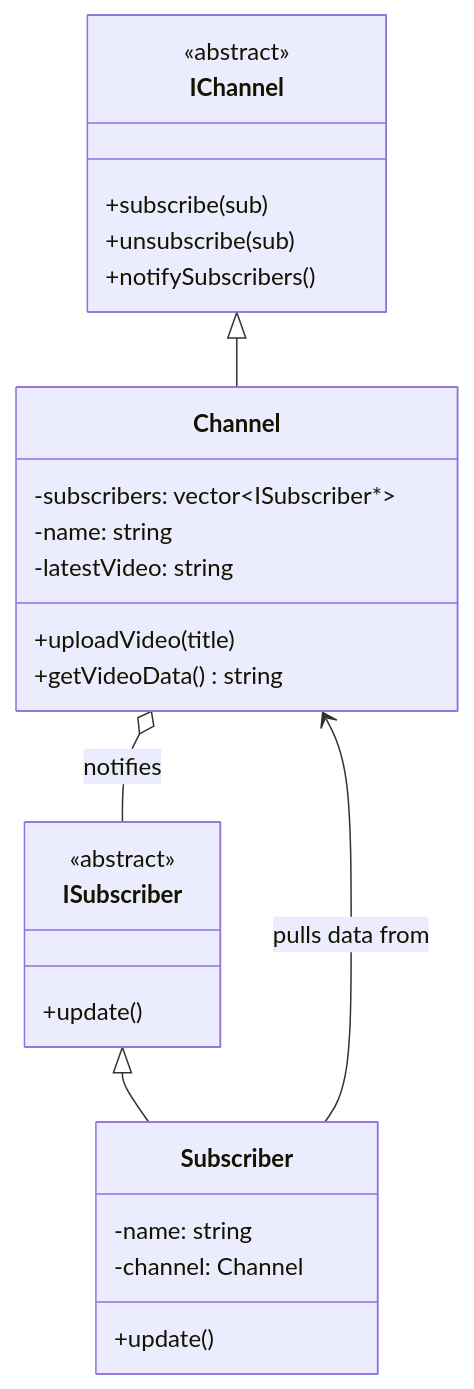
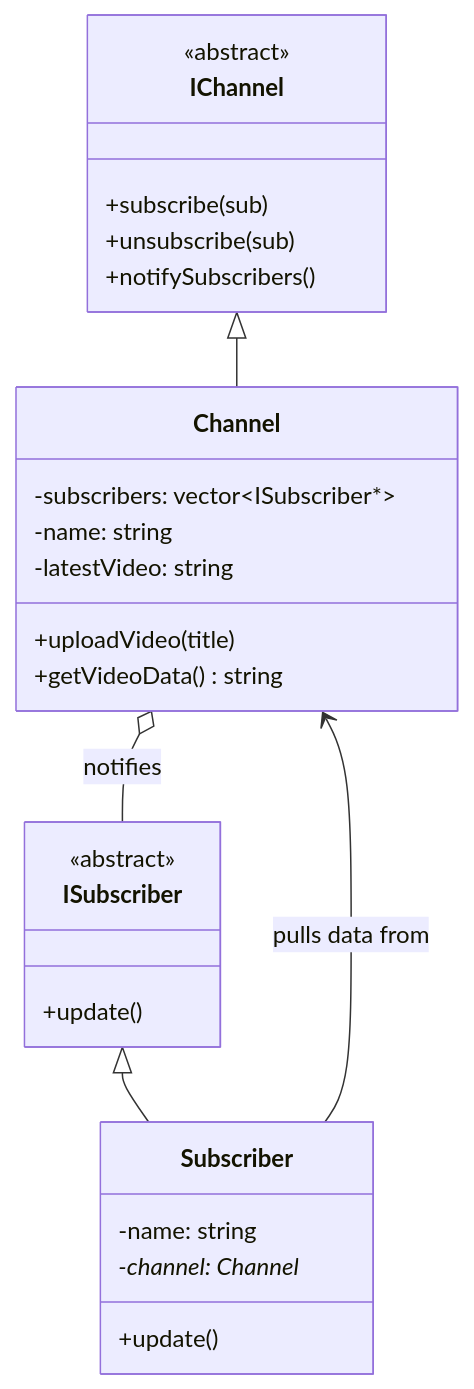
Diagram 31 of 38 in lld_notes.md (Ateeth/Low-Level-Design), drawn with Mermaid before and after one commit.

Commit message:
Potential fix for pull request finding

````diff
--- a/lld_notes.md
+++ b/lld_notes.md
@@ -1836,30 +1836,30 @@
 ```mermaid
 classDiagram
     IChannel <|-- Channel
     ISubscriber <|-- Subscriber
     Channel o-- ISubscriber : notifies
     Subscriber --> Channel : pulls data from
 
     class IChannel {
         <<abstract>>
         +subscribe(sub)
         +unsubscribe(sub)
         +notifySubscribers()
     }
     class ISubscriber {
         <<abstract>>
         +update()
     }
     class Channel {
         -subscribers: vector~ISubscriber*~
         -name: string
         -latestVideo: string
         +uploadVideo(title)
         +getVideoData() string
     }
     class Subscriber {
         -name: string
-        -channel: Channel
+        -channel: Channel*
         +update()
     }
 ```
````
